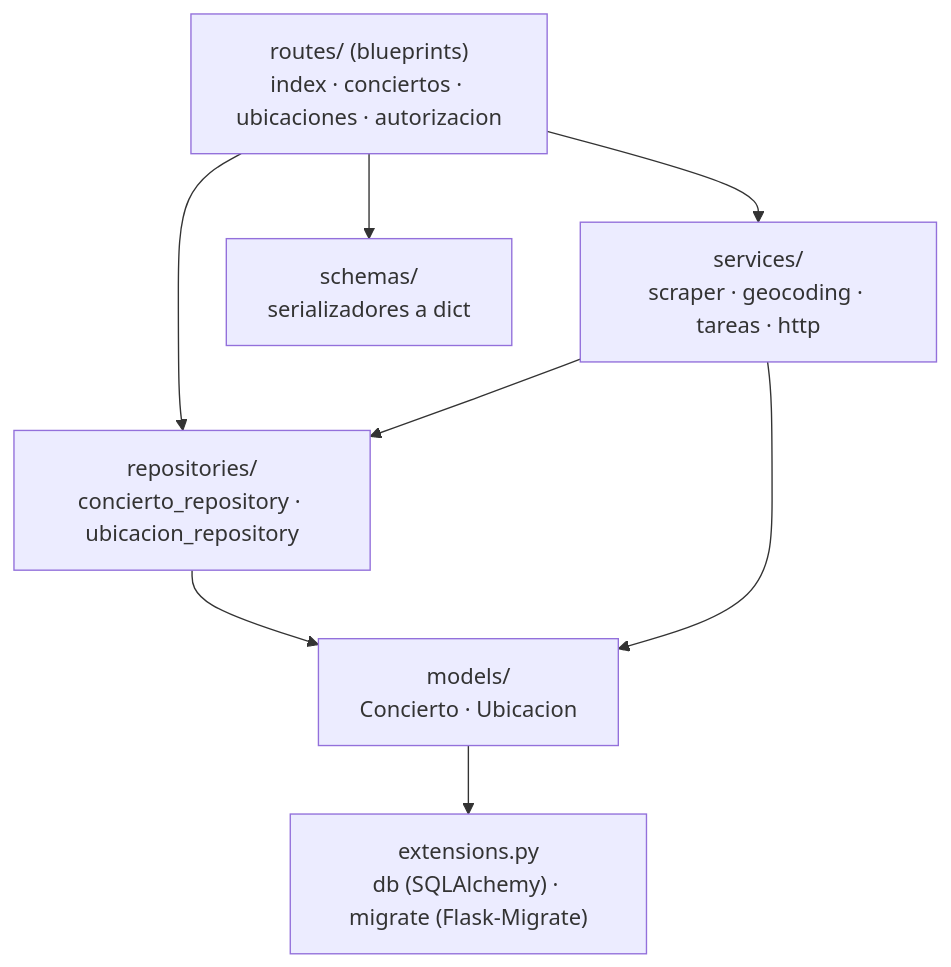
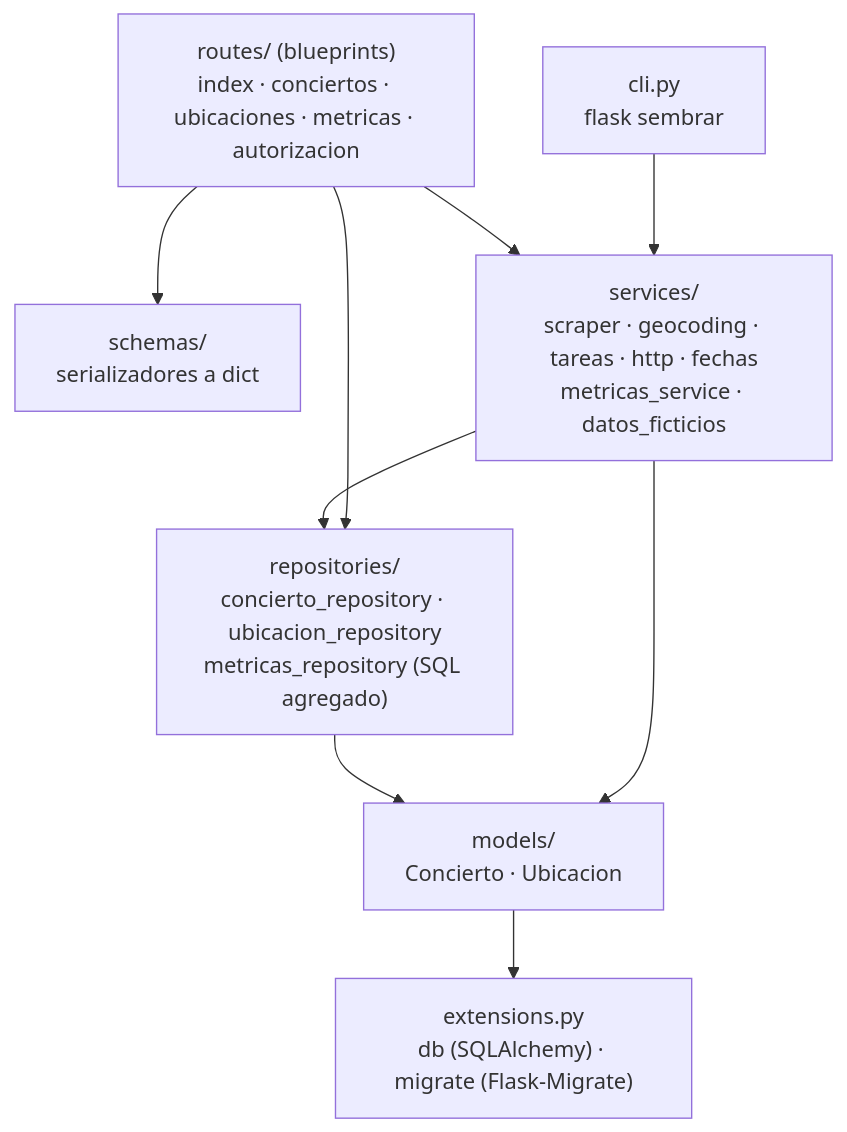
Before and after one commit to FernandezMarcodev/concierto-finder: the third of 9 diagrams in docs/ARQUITECTURA.md, drawn with Mermaid. The commit also changed other lines of this file and 12 other files, not shown here.

First line of the commit message:
feat(metricas): API de métricas calculadas en SQL/PostGIS (#6)

````diff
--- a/docs/ARQUITECTURA.md
+++ b/docs/ARQUITECTURA.md
@@ -70,17 +74,19 @@
 ```mermaid
 flowchart TD
-    routes["routes/ (blueprints)<br/>index · conciertos · ubicaciones · autorizacion"]
+    cli["cli.py<br/>flask sembrar"]
+    routes["routes/ (blueprints)<br/>index · conciertos · ubicaciones · metricas · autorizacion"]
     schemas["schemas/<br/>serializadores a dict"]
-    services["services/<br/>scraper · geocoding · tareas · http"]
-    repos["repositories/<br/>concierto_repository · ubicacion_repository"]
+    services["services/<br/>scraper · geocoding · tareas · http · fechas<br/>metricas_service · datos_ficticios"]
+    repos["repositories/<br/>concierto_repository · ubicacion_repository<br/>metricas_repository (SQL agregado)"]
     models["models/<br/>Concierto · Ubicacion"]
     ext["extensions.py<br/>db (SQLAlchemy) · migrate (Flask-Migrate)"]
 
+    cli --> services
     routes --> repos
     routes --> schemas
     routes --> services
     services --> repos
     services --> models
     repos --> models
     models --> ext
 ```
````
